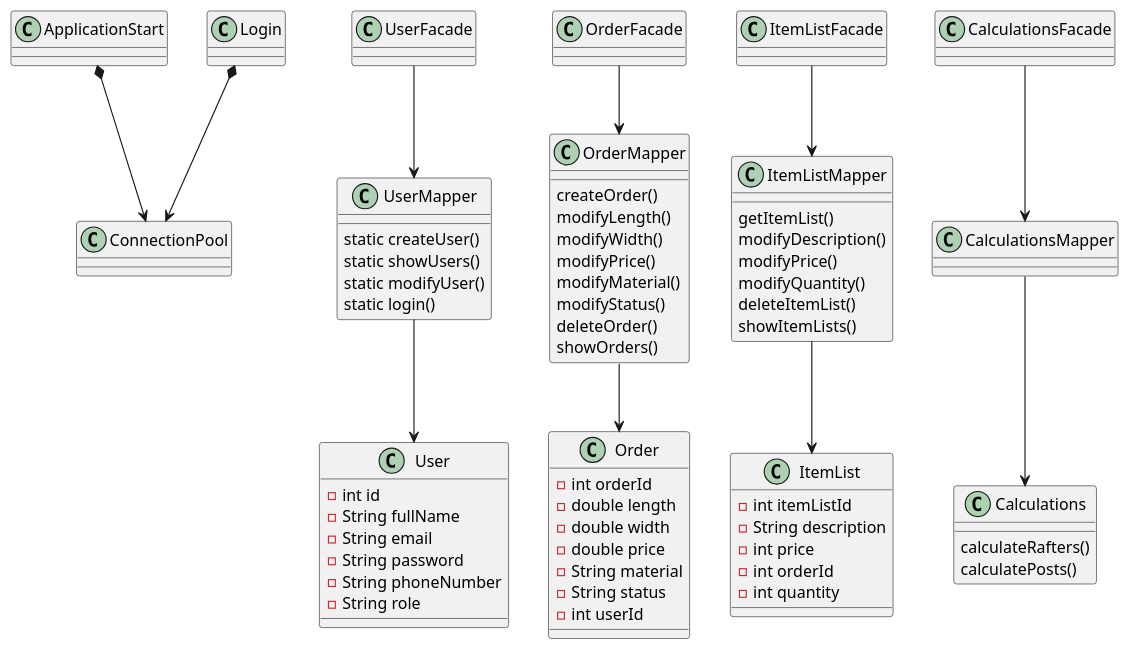
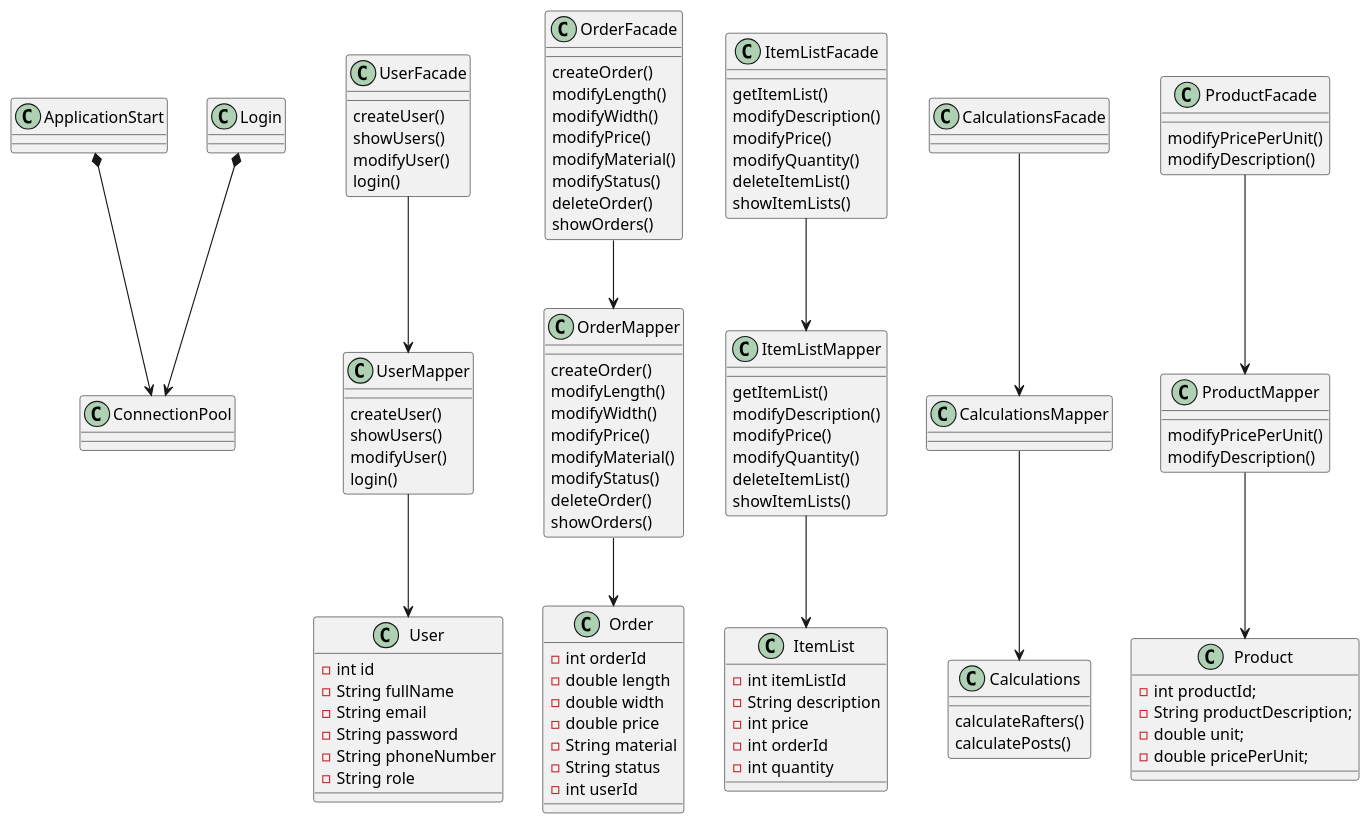
Before and after one commit to Salar86/ProjectFog: the diagram in documentation/ClassDiagram.puml, drawn with PlantUML.

Commit message:
ProductEntity, Mapper & Facade added to ClassDiagram.puml

```diff
--- a/documentation/ClassDiagram.puml
+++ b/documentation/ClassDiagram.puml
@@ -1,94 +1,141 @@
 @startuml
 'https://plantuml.com/class-diagram
 class ApplicationStart
 class ConnectionPool
 class Login
 
 ApplicationStart *--> ConnectionPool
 Login *--> ConnectionPool
 
 class User
 {
     -int id
     -String fullName
     -String email
     -String password
     -String phoneNumber
     -String role
 }
 class UserMapper
 {
-    static createUser()
-    static showUsers()
-    static modifyUser()
-    static login()
+    createUser()
+    showUsers()
+    modifyUser()
+    login()
 }
 class UserFacade
+{
+    createUser()
+    showUsers()
+    modifyUser()
+    login()
+}
 
 
 class Order
 {
     -int orderId
     -double length
     -double width
     -double price
     -String material
     -String status
     -int userId
 }
 class OrderMapper
 {
     createOrder()
     modifyLength()
     modifyWidth()
     modifyPrice()
     modifyMaterial()
     modifyStatus()
     deleteOrder()
     showOrders()
 }
 class OrderFacade
+{
+  createOrder()
+    modifyLength()
+    modifyWidth()
+    modifyPrice()
+    modifyMaterial()
+    modifyStatus()
+    deleteOrder()
+    showOrders()
+}
 
 class ItemList
 {
     -int itemListId
     -String description
     -int price
     -int orderId
     -int quantity
 
 }
 class ItemListMapper
 {
     getItemList()
     modifyDescription()
     modifyPrice()
     modifyQuantity()
     deleteItemList()
     showItemLists()
 }
 class ItemListFacade
+{
+    getItemList()
+    modifyDescription()
+    modifyPrice()
+    modifyQuantity()
+    deleteItemList()
+    showItemLists()
+}
 
 class Calculations
 {
     calculateRafters()
     calculatePosts()
 
 
 }
 class CalculationsMapper
 class CalculationsFacade
+
+class Product
+{
+   -int productId;
+   -String productDescription;
+   -double unit;
+   -double pricePerUnit;
+}
+class ProductMapper
+{
+modifyPricePerUnit()
+modifyDescription()
+}
+
+class ProductFacade
+{
+modifyPricePerUnit()
+modifyDescription()
+}
 
 UserFacade --> UserMapper
 UserMapper --> User
 
 OrderFacade --> OrderMapper
 OrderMapper --> Order
 
 ItemListFacade --> ItemListMapper
 ItemListMapper --> ItemList
 
 CalculationsFacade --> CalculationsMapper
 CalculationsMapper --> Calculations
 
+ProductFacade --> ProductMapper
+ProductMapper --> Product
+
+
 @enduml
```
